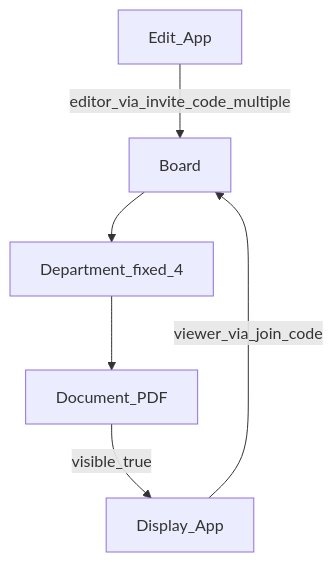
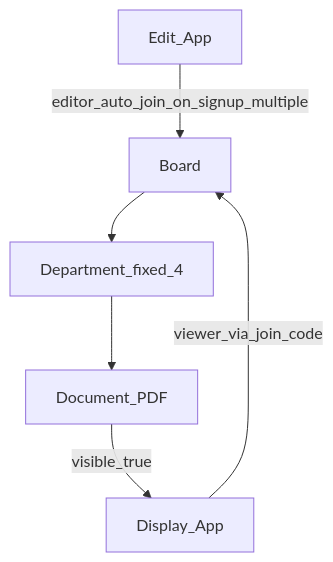
One commit to aiondeproid/whiteboard changed the diagram in 電子掲示板_MVP要件.md. Above: the diagram before and after it, drawn with Mermaid. The commit also changed other lines of this file and 9 other files, not shown here.

````diff
--- a/電子掲示板_MVP要件.md
+++ b/電子掲示板_MVP要件.md
@@ -39,11 +39,11 @@
 ```mermaid
 flowchart TD
   Board[Board]
   Dept[Department_fixed_4]
   Doc[Document_PDF]
   Board --> Dept
   Dept --> Doc
-  EditApp[Edit_App] -->|editor_via_invite_code_multiple| Board
+  EditApp[Edit_App] -->|editor_auto_join_on_signup_multiple| Board
   DisplayApp[Display_App] -->|viewer_via_join_code| Board
   Doc -->|visible_true| DisplayApp
 ```
````
